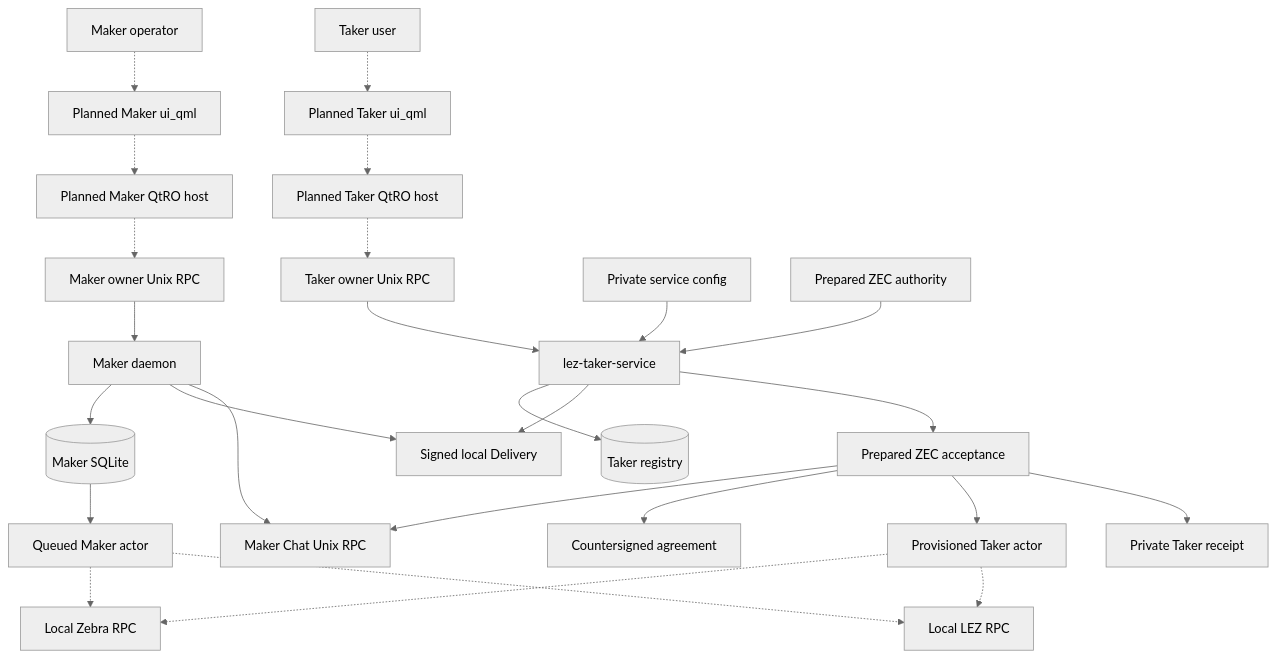
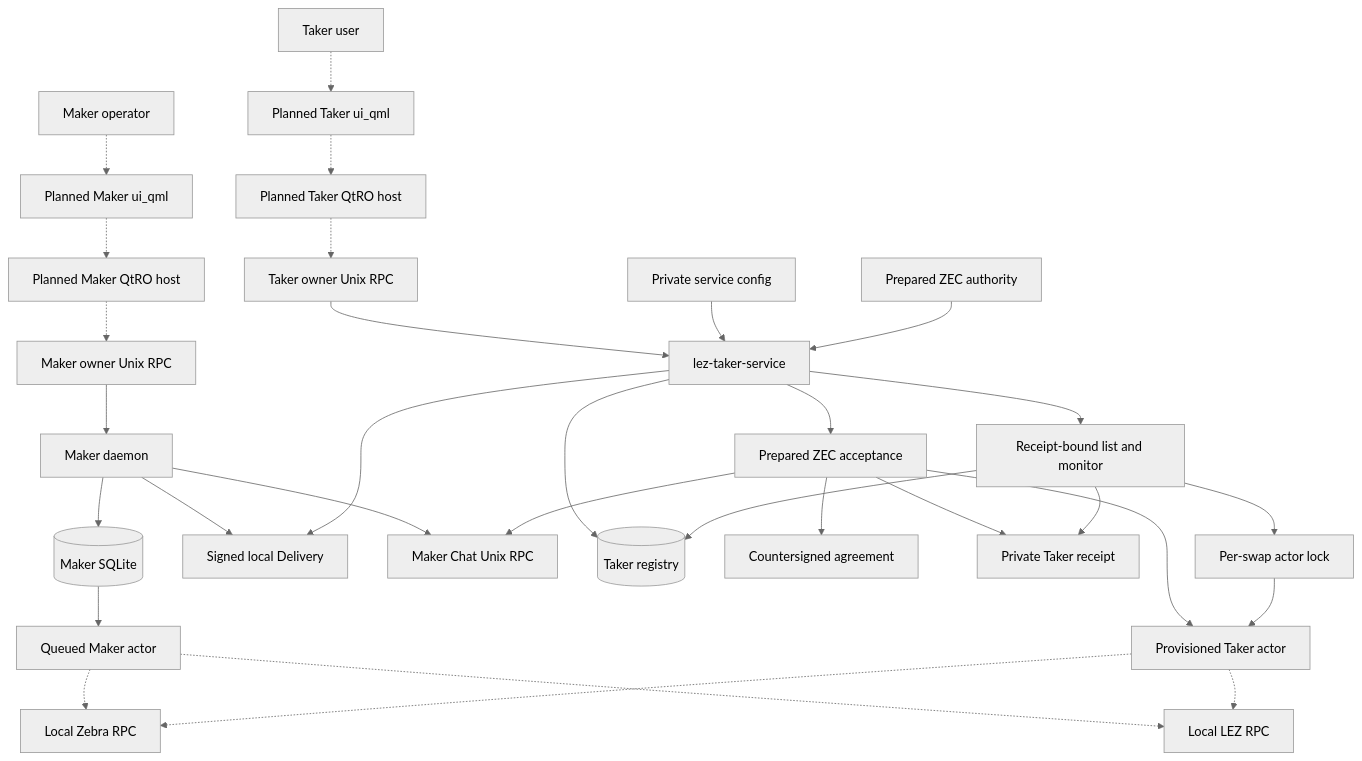
Before and after one commit to gateway-fm/lez-atomic-swaps: the second of 24 diagrams in docs/architecture/deployment-components-and-rpcs.md, drawn with Mermaid (neutral theme). The commit also changed other lines of this file and 8 other files, not shown here.

Commit message:
docs(m6): explain receipt-bound swap monitoring

````diff
--- a/docs/architecture/deployment-components-and-rpcs.md
+++ b/docs/architecture/deployment-components-and-rpcs.md
@@ -79,30 +82,35 @@
 ```mermaid
 flowchart TB
     Maker["Maker operator"] -.-> MakerQml["Planned Maker ui_qml"]
     MakerQml -.-> MakerHost["Planned Maker QtRO host"]
     MakerHost -.-> OwnerRpc["Maker owner Unix RPC"]
     OwnerRpc --> MakerDaemon["Maker daemon"]
     MakerDaemon --> MakerDb[("Maker SQLite")]
     MakerDaemon --> Delivery["Signed local Delivery"]
     MakerDaemon --> Chat["Maker Chat Unix RPC"]
 
     Taker["Taker user"] -.-> TakerQml["Planned Taker ui_qml"]
     TakerQml -.-> TakerHost["Planned Taker QtRO host"]
     TakerHost -.-> TakerSocket["Taker owner Unix RPC"]
     TakerSocket --> Service["lez-taker-service"]
     Config["Private service config"] --> Service
     Prepared["Prepared ZEC authority"] --> Service
     Service --> Registry[("Taker registry")]
     Service --> Delivery
     Service --> Accept["Prepared ZEC acceptance"]
     Accept --> Chat
     Accept --> Agreement["Countersigned agreement"]
     Accept --> TakerActor["Provisioned Taker actor"]
     Accept --> Receipt["Private Taker receipt"]
+    Service --> Monitor["Receipt-bound list and monitor"]
+    Monitor --> Registry
+    Monitor --> Receipt
+    Monitor --> Lock["Per-swap actor lock"]
+    Lock --> TakerActor
     MakerDb --> MakerActor["Queued Maker actor"]
 
     MakerActor -.-> Zebra["Local Zebra RPC"]
     MakerActor -.-> Lez["Local LEZ RPC"]
     TakerActor -.-> Zebra
     TakerActor -.-> Lez
 ```
````
